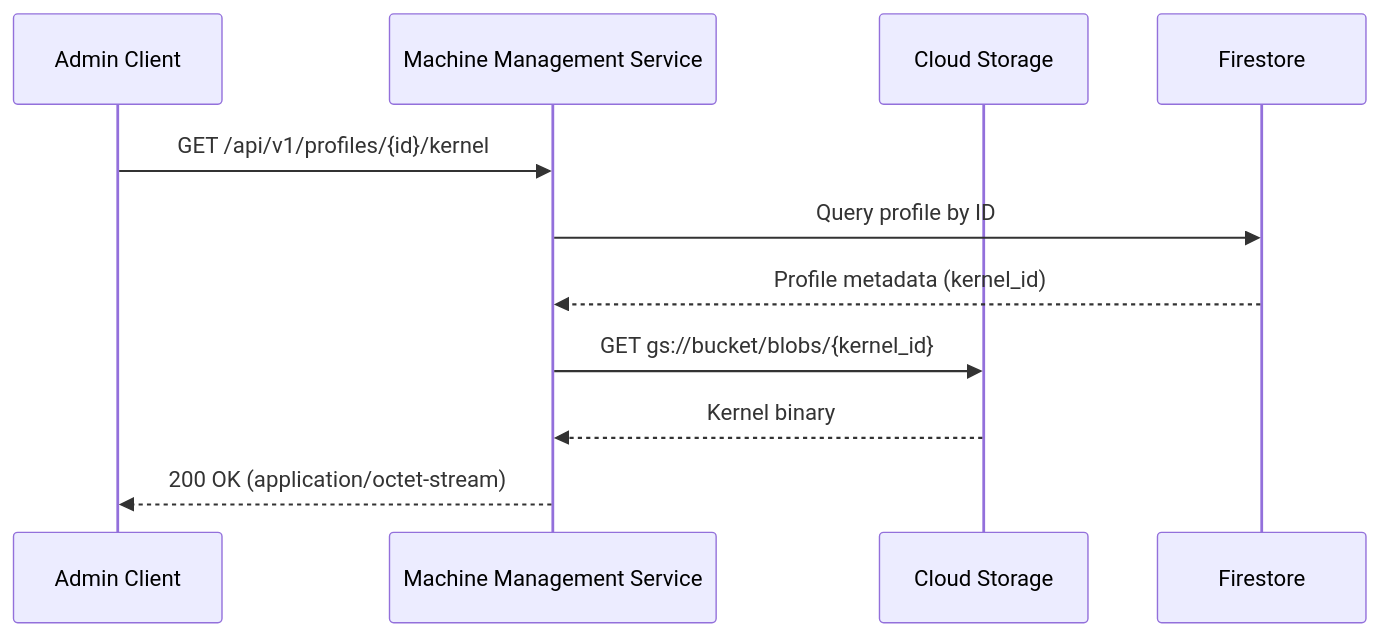
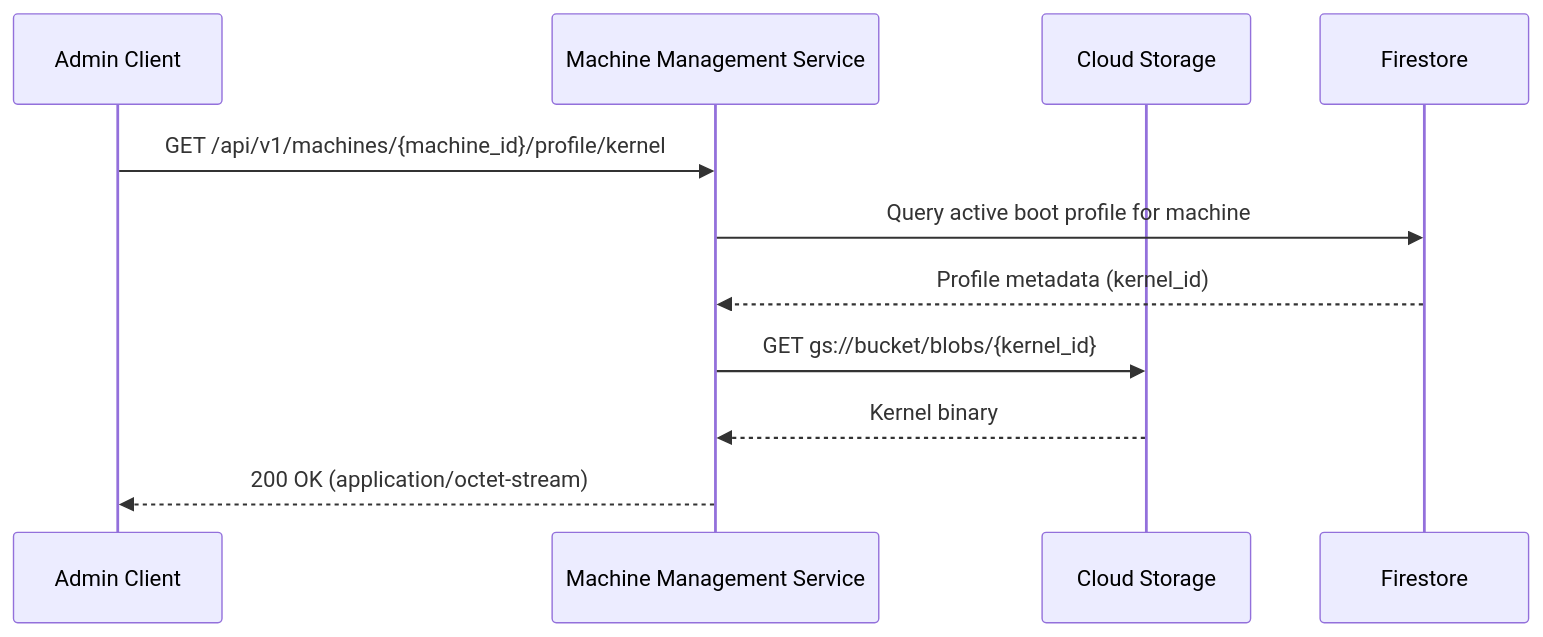
The third of 11 diagrams in docs/content/r&d/services/machine-mgmt/api.md (Zaba505/infra), drawn with Mermaid before and after one commit. The commit also changed other lines of this file and 1 other file, not shown here.

````diff
--- a/docs/content/r&d/services/machine-mgmt/api.md
+++ b/docs/content/r&d/services/machine-mgmt/api.md
@@ -234,14 +184,14 @@
 ```mermaid
 sequenceDiagram
     participant Client as Admin Client
     participant API as Machine Management Service
     participant Storage as Cloud Storage
     participant DB as Firestore
     
-    Client->>API: GET /api/v1/profiles/{id}/kernel
-    API->>DB: Query profile by ID
+    Client->>API: GET /api/v1/machines/{machine_id}/profile/kernel
+    API->>DB: Query active boot profile for machine
     DB-->>API: Profile metadata (kernel_id)
     API->>Storage: GET gs://bucket/blobs/{kernel_id}
     Storage-->>API: Kernel binary
     API-->>Client: 200 OK (application/octet-stream)
 ```
````
